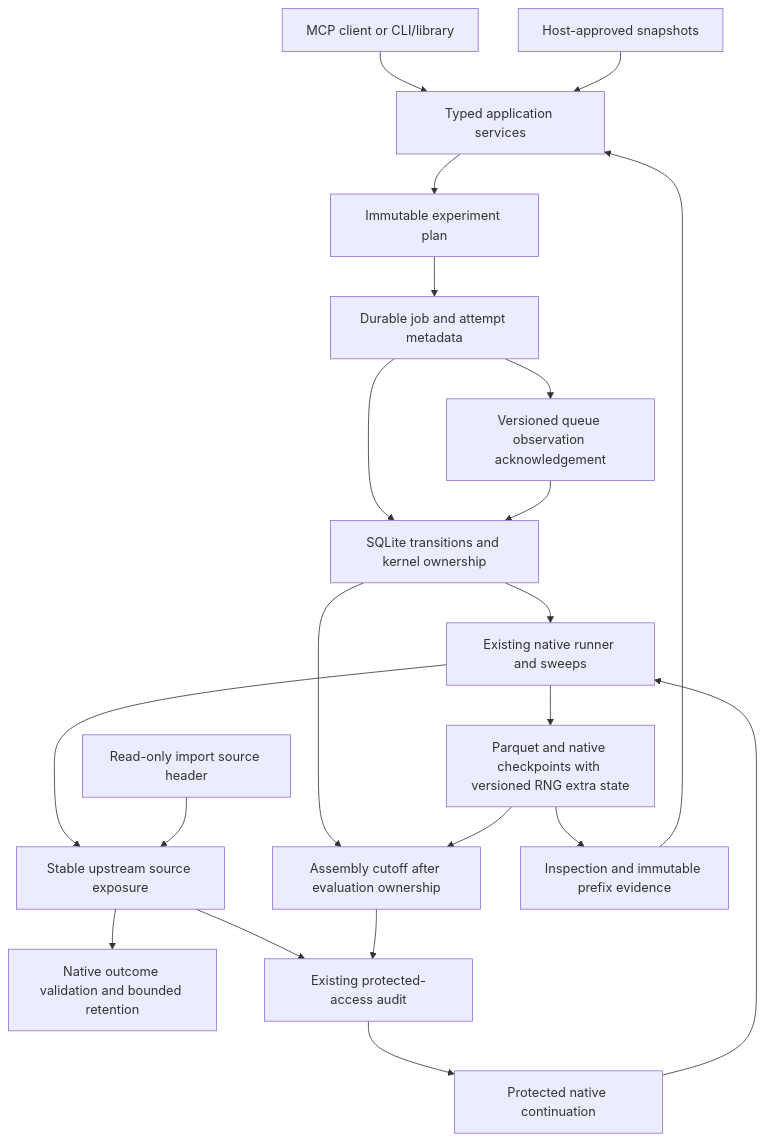
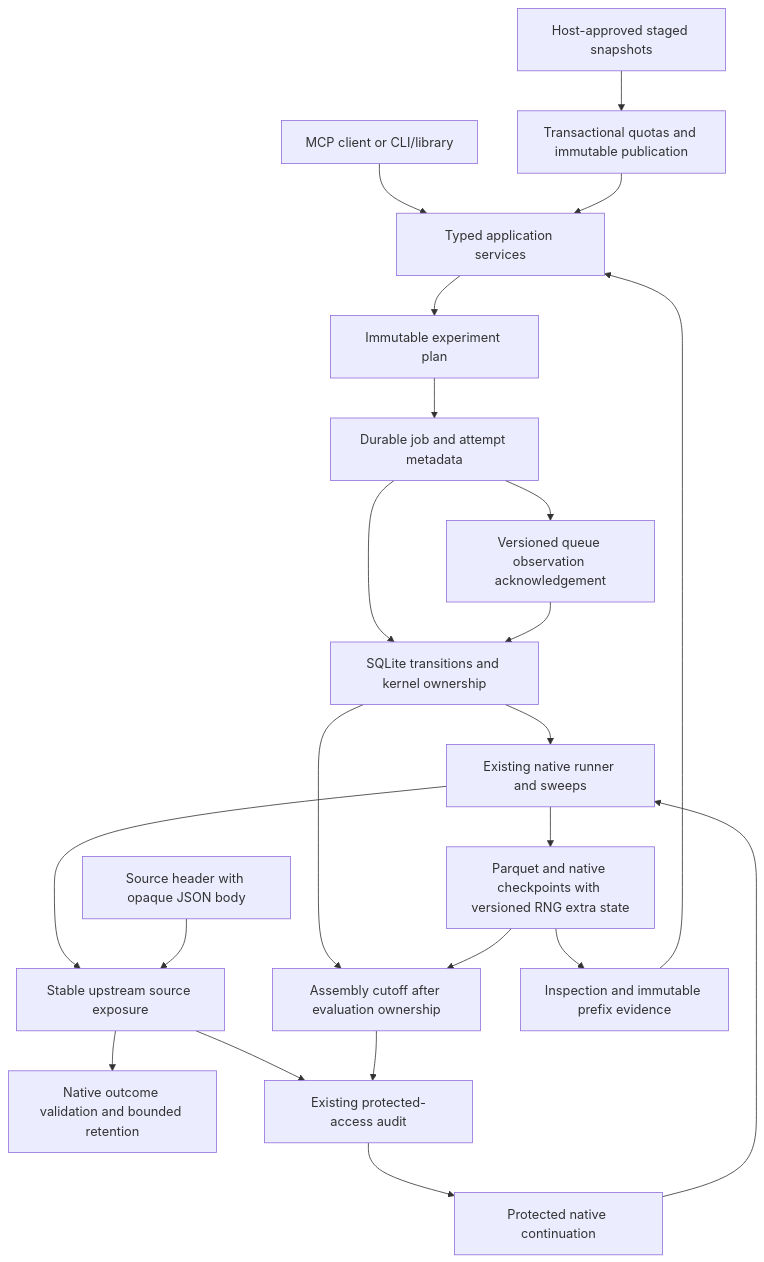
One commit to jacksonpradolima/coleman4hcs changed the first of 2 diagrams in docs/workflow-contracts.md. Above: the diagram before and after it, drawn with Mermaid. The commit also changed 11 other files, not shown here.

````diff
--- a/docs/workflow-contracts.md
+++ b/docs/workflow-contracts.md
@@ -79,23 +79,24 @@
 ```mermaid
 flowchart TD
     Client[MCP client or CLI/library] --> App[Typed application services]
-    Registry[Host-approved snapshots] --> App
+    Registry[Host-approved staged snapshots] --> Admission[Transactional quotas and immutable publication]
+    Admission --> App
     App --> Plan[Immutable experiment plan]
     Plan --> Jobs[Durable job and attempt metadata]
     Jobs --> Ownership[SQLite transitions and kernel ownership]
     Jobs --> Ack[Versioned queue observation acknowledgement]
     Ack --> Ownership
     Ownership --> Runner[Existing native runner and sweeps]
     Runner --> Store[Parquet and native checkpoints with versioned RNG extra state]
     Runner --> Exposure[Stable upstream source exposure]
-    Import[Read-only import source header] --> Exposure
+    Import[Source header with opaque JSON body] --> Exposure
     Exposure --> Decode[Native outcome validation and bounded retention]
     Exposure --> Audit[Existing protected-access audit]
     Ownership --> Window[Assembly cutoff after evaluation ownership]
     Store --> Window
     Window --> Audit
     Audit --> Continuation[Protected native continuation]
     Continuation --> Runner
     Store --> Evidence[Inspection and immutable prefix evidence]
     Evidence --> App
 ```
````
